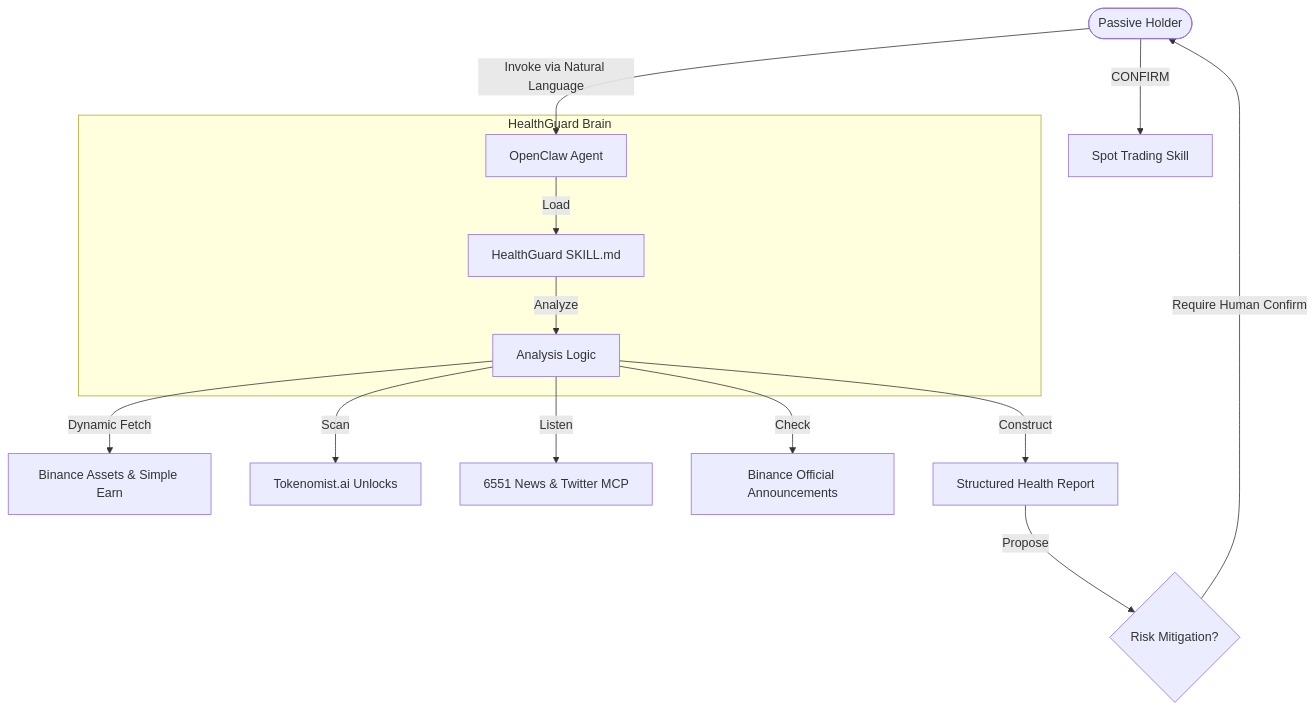
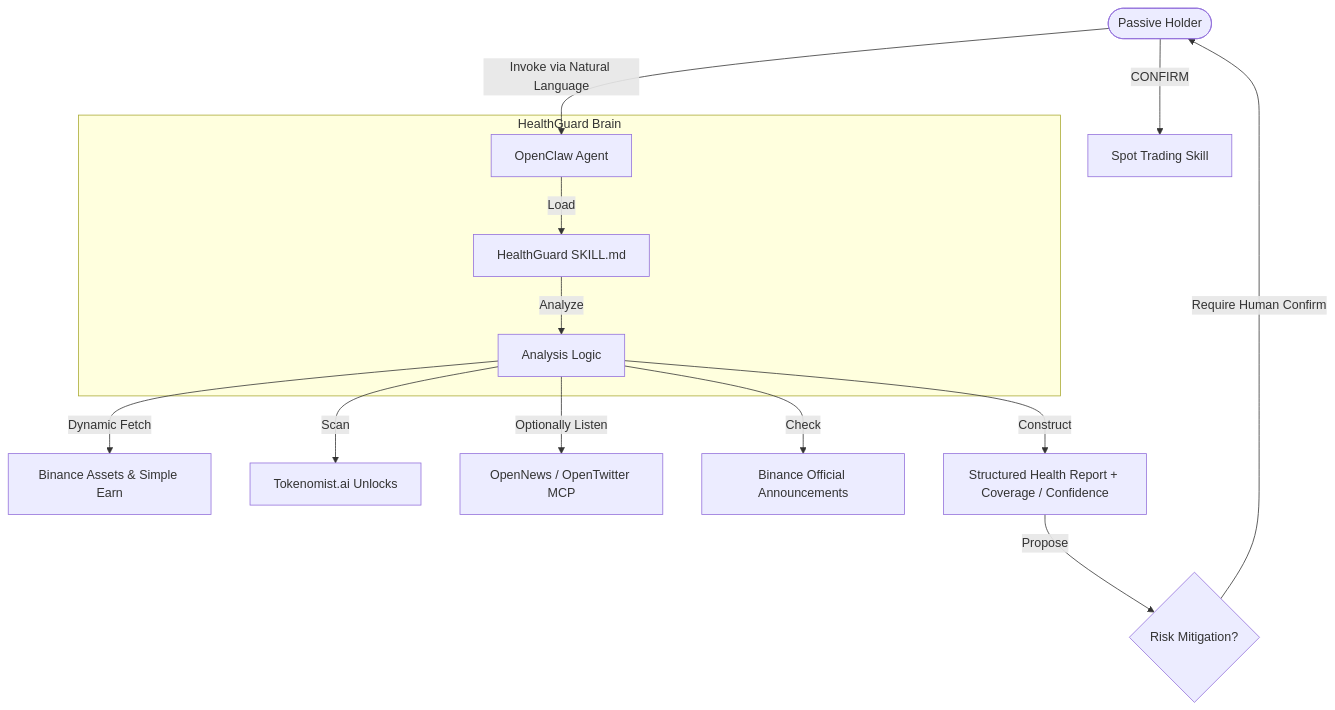
Before and after one commit to funnys1r/Binance-HealthGuard: the diagram in docs/ARCHITECTURE.md, drawn with Mermaid. The commit also changed other lines of this file and 3 other files, not shown here.

````diff
--- a/docs/ARCHITECTURE.md
+++ b/docs/ARCHITECTURE.md
@@ -6,17 +6,17 @@
 ```mermaid
 graph TD
     User([Passive Holder]) -->|Invoke via Natural Language| Agent[OpenClaw Agent]
     subgraph HealthGuard Brain
         Agent -->|Load| SkillSet[HealthGuard SKILL.md]
         SkillSet -->|Analyze| Orchestrator[Analysis Logic]
     end
     Orchestrator -->|Dynamic Fetch| Assets[Binance Assets & Simple Earn]
     Orchestrator -->|Scan| Economic[Tokenomist.ai Unlocks]
-    Orchestrator -->|Listen| Social[6551 News & Twitter MCP]
+    Orchestrator -->|Optionally Listen| Social[OpenNews / OpenTwitter MCP]
     Orchestrator -->|Check| Official[Binance Official Announcements]
     
-    Orchestrator -->|Construct| Report[Structured Health Report]
+    Orchestrator -->|Construct| Report[Structured Health Report + Coverage / Confidence]
     Report -->|Propose| Action{Risk Mitigation?}
     Action -->|Require Human Confirm| User
     User -->|CONFIRM| Execute[Spot Trading Skill]
 ```
````
